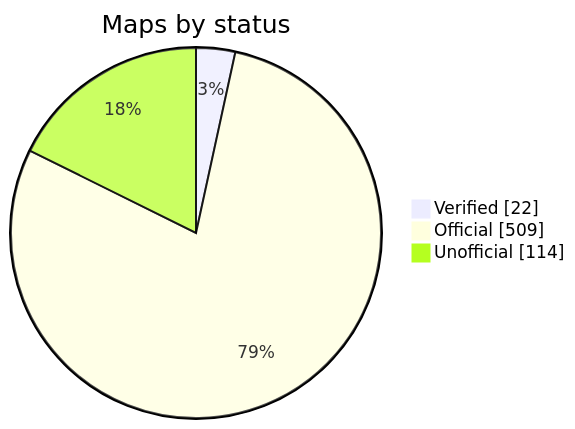
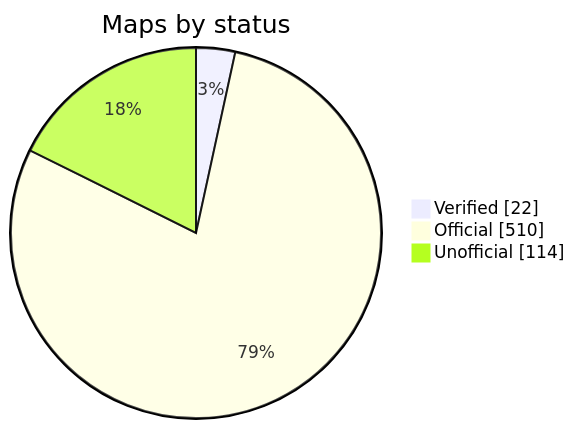
One commit to nobrega8/mbmap-library changed the diagram in README.md. Above: the diagram before and after it, drawn with Mermaid. The commit also changed 6 other files, not shown here.

````diff
--- a/README.md
+++ b/README.md
@@ -52,7 +52,7 @@
 ```mermaid
 pie showData
     title Maps by status
     "Verified" : 22
-    "Official" : 509
+    "Official" : 510
     "Unofficial" : 114
 ```
````
